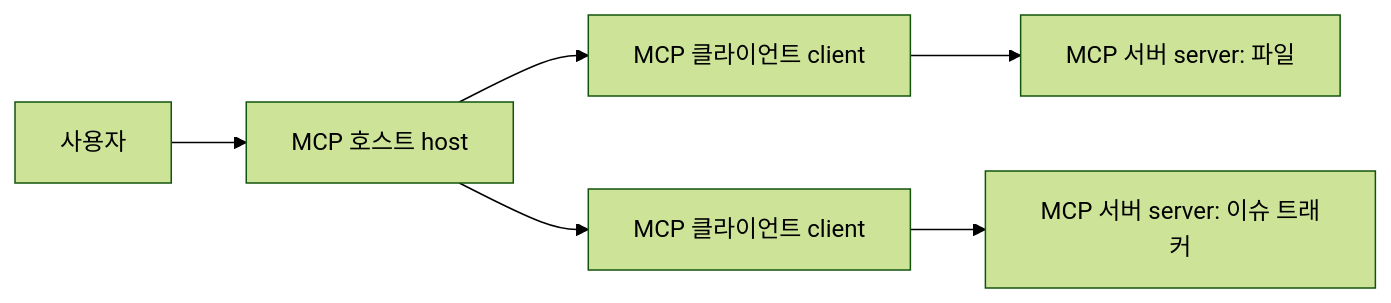
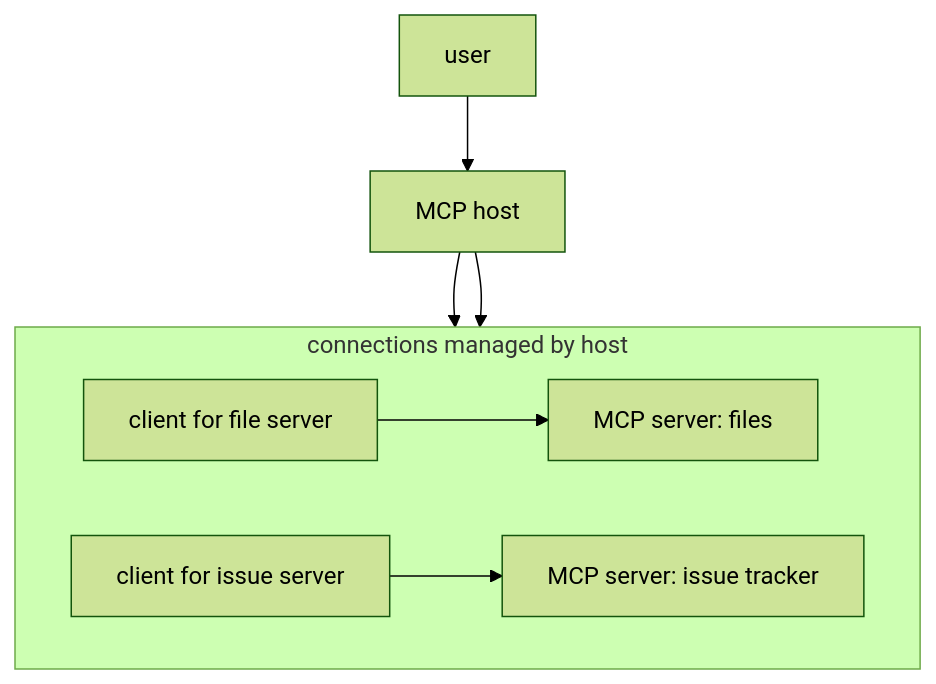
One commit to devchan64/AiBook changed the diagram in docs/parts/part-01/chapter-14/section-04.md. Above: the diagram before and after it, drawn with Mermaid (forest theme). The commit also changed 2 other files, not shown here.

Commit message:
docs: clarify beginner-facing diagram flow

````diff
--- a/docs/parts/part-01/chapter-14/section-04.md
+++ b/docs/parts/part-01/chapter-14/section-04.md
@@ -87,13 +87,15 @@
 ```mermaid
-flowchart LR
-  U[사용자]
-  H[MCP 호스트 host]
-  C1[MCP 클라이언트 client]
-  C2[MCP 클라이언트 client]
-  S1[MCP 서버 server: 파일]
-  S2[MCP 서버 server: 이슈 트래커]
+flowchart TD
+  U["user"]
+  H["MCP host"]
+
+  subgraph C["connections managed by host"]
+    direction LR
+    C1["client for file server"] --> S1["MCP server: files"]
+    C2["client for issue server"] --> S2["MCP server: issue tracker"]
+  end
 
   U --> H
-  H --> C1 --> S1
-  H --> C2 --> S2
+  H --> C1
+  H --> C2
 ```
````
